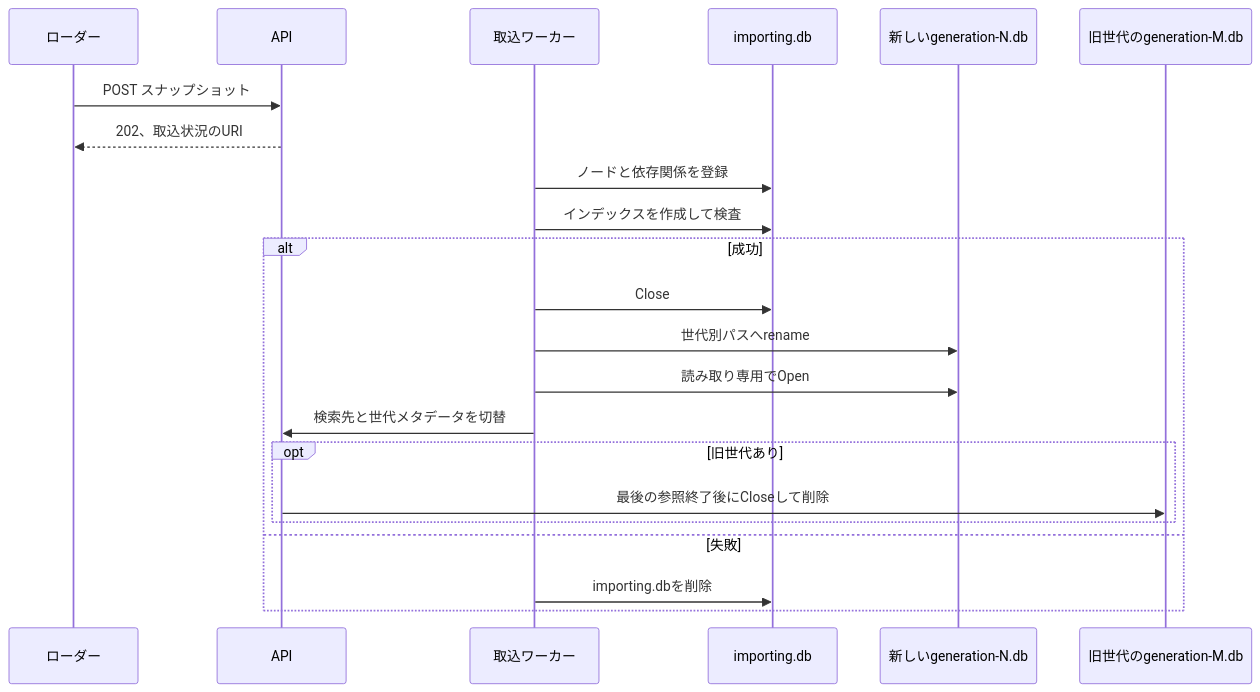
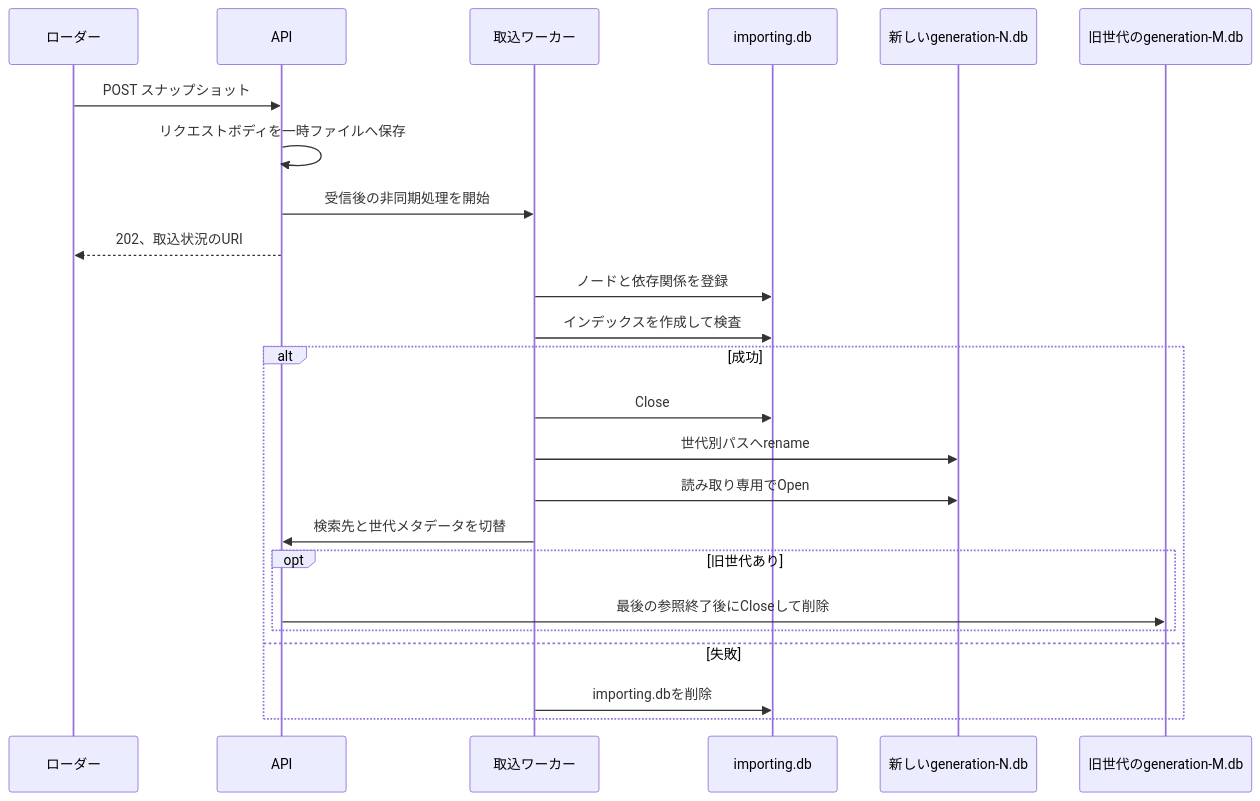
One commit to vnzzzz/batch-scope changed the second of 2 diagrams in docs/operations.md. Above: the diagram before and after it, drawn with Mermaid. The commit also changed other lines of this file and 18 other files, not shown here.

````diff
--- a/docs/operations.md
+++ b/docs/operations.md
@@ -26,25 +31,27 @@
 ```mermaid
 sequenceDiagram
     participant L as ローダー
     participant A as API
     participant I as 取込ワーカー
     participant N as importing.db
     participant G as 新しいgeneration-N.db
     participant O as 旧世代のgeneration-M.db
 
     L->>A: POST スナップショット
+    A->>A: リクエストボディを一時ファイルへ保存
+    A->>I: 受信後の非同期処理を開始
     A-->>L: 202、取込状況のURI
     I->>N: ノードと依存関係を登録
     I->>N: インデックスを作成して検査
     alt 成功
       I->>N: Close
       I->>G: 世代別パスへrename
       I->>G: 読み取り専用でOpen
       I->>A: 検索先と世代メタデータを切替
       opt 旧世代あり
         A->>O: 最後の参照終了後にCloseして削除
       end
     else 失敗
       I->>N: importing.dbを削除
     end
 ```
````
